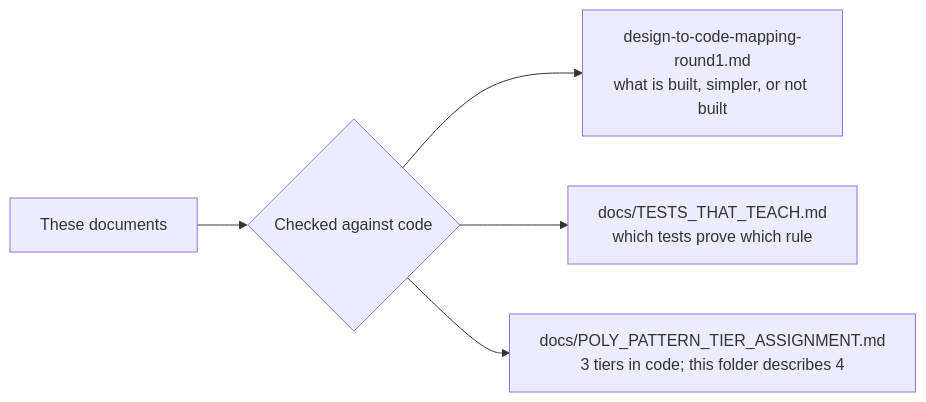
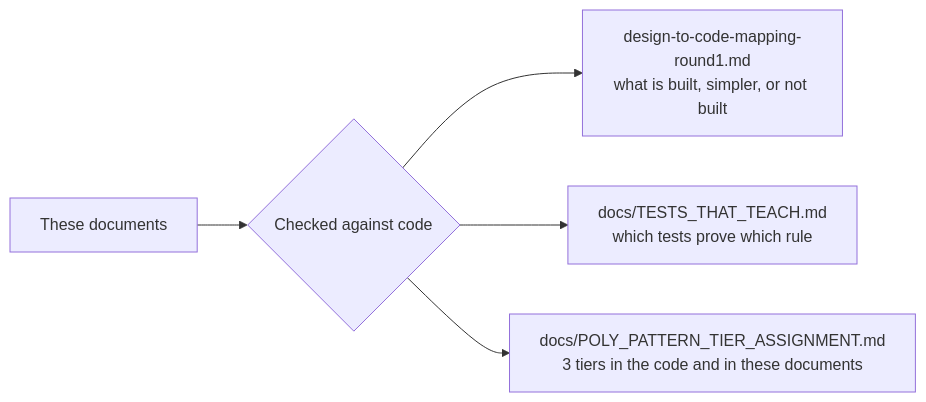
Before and after one commit to maysamgamini/crowdfundinghub: the third of 3 diagrams in educational/README.md, drawn with Mermaid. The commit also changed other lines of this file and 31 other files, not shown here.

First line of the commit message:
docs: make the documents agree with the code and add documentation tests

````diff
--- a/educational/README.md
+++ b/educational/README.md
@@ -101,7 +101,7 @@
 ```mermaid
 flowchart LR
     Docs["These documents"] --> Check{"Checked against code"}
     Check --> Map["design-to-code-mapping-round1.md<br/>what is built, simpler, or not built"]
     Check --> Tests["docs/TESTS_THAT_TEACH.md<br/>which tests prove which rule"]
-    Check --> Tiers["docs/POLY_PATTERN_TIER_ASSIGNMENT.md<br/>3 tiers in code; this folder describes 4"]
+    Check --> Tiers["docs/POLY_PATTERN_TIER_ASSIGNMENT.md<br/>3 tiers in the code and in these documents"]
 ```
````
